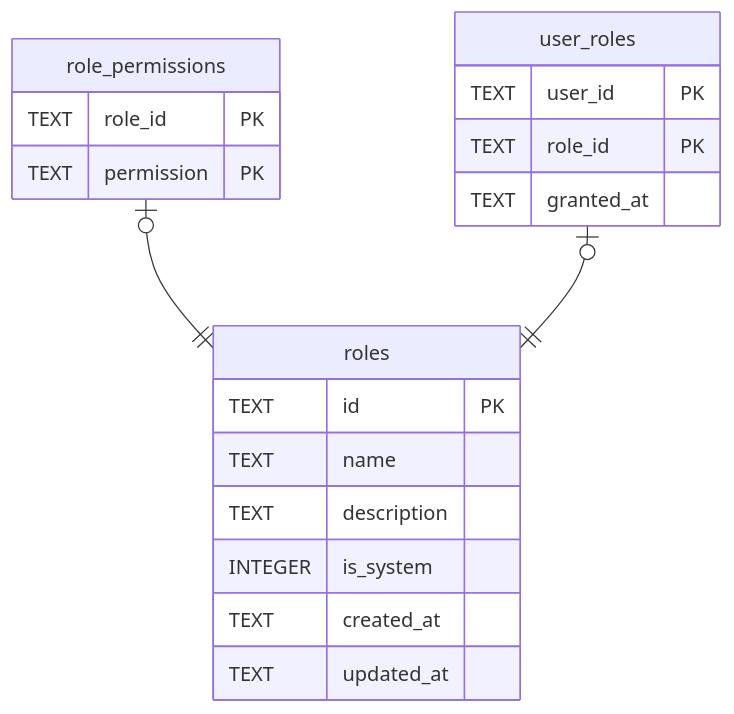
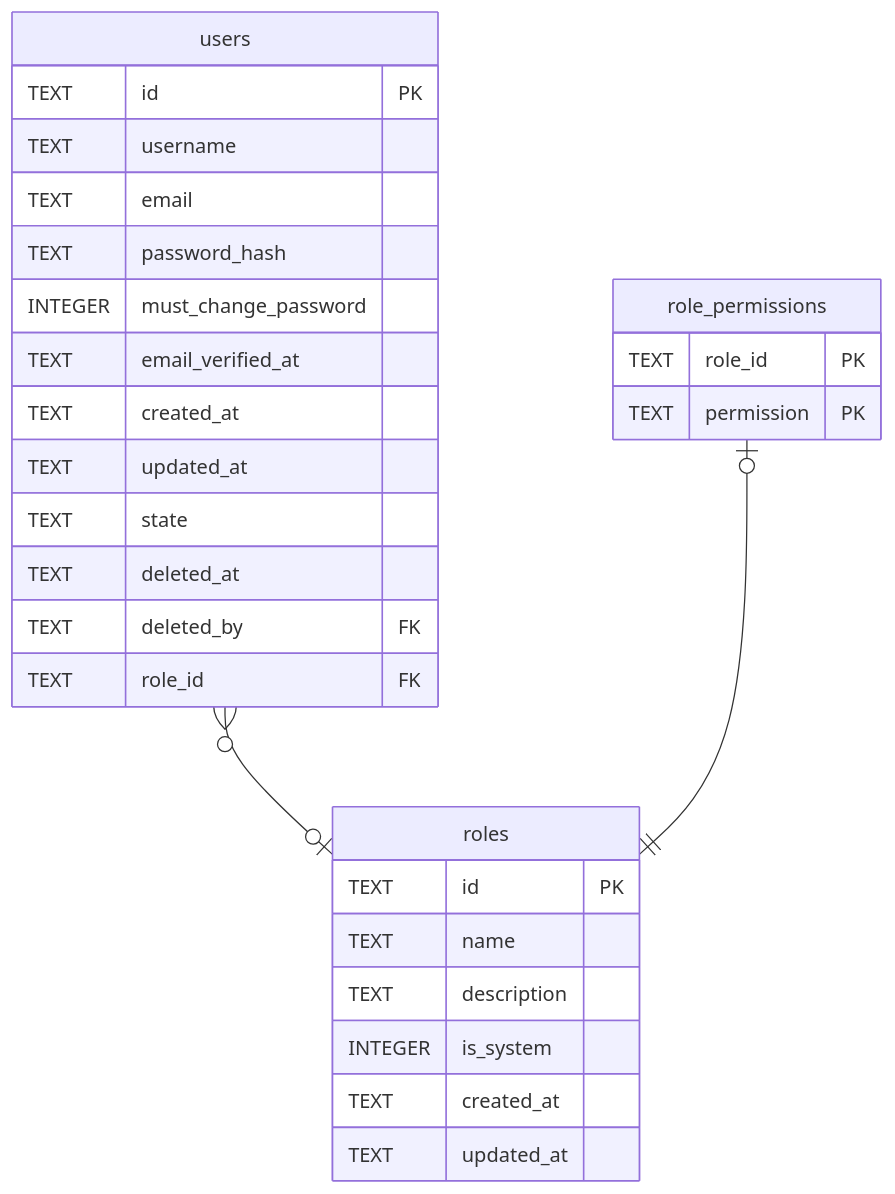
One commit to Limatura/tessera changed the diagram in docs/schema/roles.md. Above: the diagram before and after it, drawn with Mermaid. The commit also changed other lines of this file and 27 other files, not shown here.

````diff
--- a/docs/schema/roles.md
+++ b/docs/schema/roles.md
@@ -53,24 +53,33 @@
 ```mermaid
 erDiagram
 
+"users" }o--o| "roles" : ""
 "role_permissions" |o--|| "roles" : ""
-"user_roles" |o--|| "roles" : ""
 
 "roles" {
   TEXT id PK
   TEXT name
   TEXT description
   INTEGER is_system
   TEXT created_at
   TEXT updated_at
 }
+"users" {
+  TEXT id PK
+  TEXT username
+  TEXT email
+  TEXT password_hash
+  INTEGER must_change_password
+  TEXT email_verified_at
+  TEXT created_at
+  TEXT updated_at
+  TEXT state
+  TEXT deleted_at
+  TEXT deleted_by FK
+  TEXT role_id FK
+}
 "role_permissions" {
   TEXT role_id PK
   TEXT permission PK
 }
-"user_roles" {
-  TEXT user_id PK
-  TEXT role_id PK
-  TEXT granted_at
-}
 ```
````
